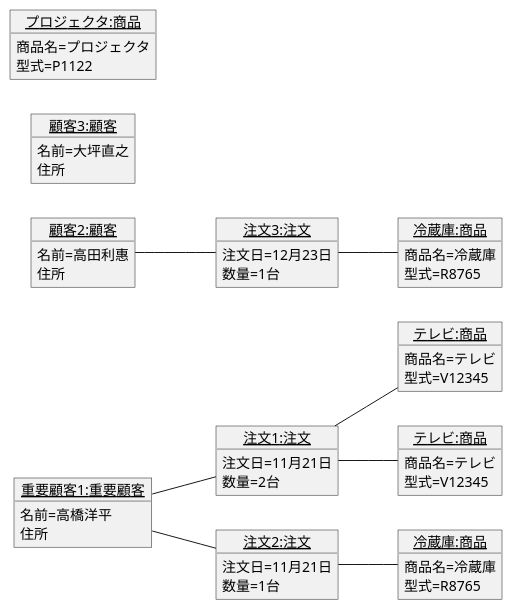
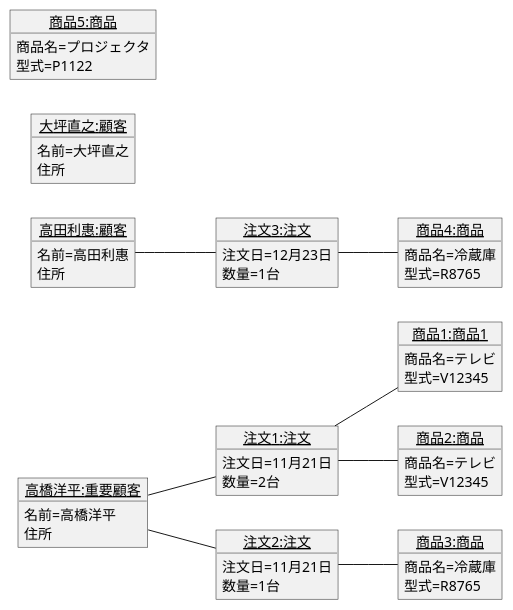
One commit to Tackey-11/uml-intro changed the diagram in 演習3-7_OBJ_注文のオブジェクト図.pu. Above: the diagram before and after it, drawn with PlantUML. The commit also changed 2 other files, not shown here.

```diff
--- a/演習3-7_OBJ_注文のオブジェクト図.pu
+++ b/演習3-7_OBJ_注文のオブジェクト図.pu
@@ -1,66 +1,66 @@
 @startuml 演習3-7オブジェクト図
 left to right direction
-object "<u>重要顧客1:重要顧客</u>" as actor1{
+object "<u>高橋洋平:重要顧客</u>" as actor1{
     名前=高橋洋平
     住所
 }
 
-object "<u>顧客2:顧客</u>" as actor2{
+object "<u>高田利惠:顧客</u>" as actor2{
     名前=高田利惠
     住所
 }
-object "<u>顧客3:顧客</u>" as actor3{
+object "<u>大坪直之:顧客</u>" as actor3{
     名前=大坪直之
     住所
 }
 
 object "<u>注文1:注文</u>" as case1{
     注文日=11月21日
     数量=2台
 }
 
 object "<u>注文2:注文</u>" as case2{
     注文日=11月21日
     数量=1台
 }
 
 object "<u>注文3:注文</u>" as case3{
     注文日=12月23日
     数量=1台
 }
 
 
-object "<u>テレビ:商品</u>" as item1{
+object "<u>商品1:商品1</u>" as item1{
     商品名=テレビ
     型式=V12345
 }
-object "<u>テレビ:商品</u>" as item1_1{
+object "<u>商品2:商品</u>" as item1_1{
     商品名=テレビ
     型式=V12345
 }
 
-object "<u>冷蔵庫:商品</u>" as item2{
+object "<u>商品3:商品</u>" as item2{
     商品名=冷蔵庫
     型式=R8765
 }
-object "<u>冷蔵庫:商品</u>" as item2_1{
+object "<u>商品4:商品</u>" as item2_1{
     商品名=冷蔵庫
     型式=R8765
 }
 
-object "<u>プロジェクタ:商品</u>" as item3{
+object "<u>商品5:商品</u>" as item3{
     商品名=プロジェクタ
     型式=P1122
 }
 
 
 actor1 -- case1
 actor1 -- case2
 case1 -- item1
 case1 -- item1_1
 case2 -- item2
 
 
 actor2 -- case3
 case3 -- item2_1
 @enduml
```
